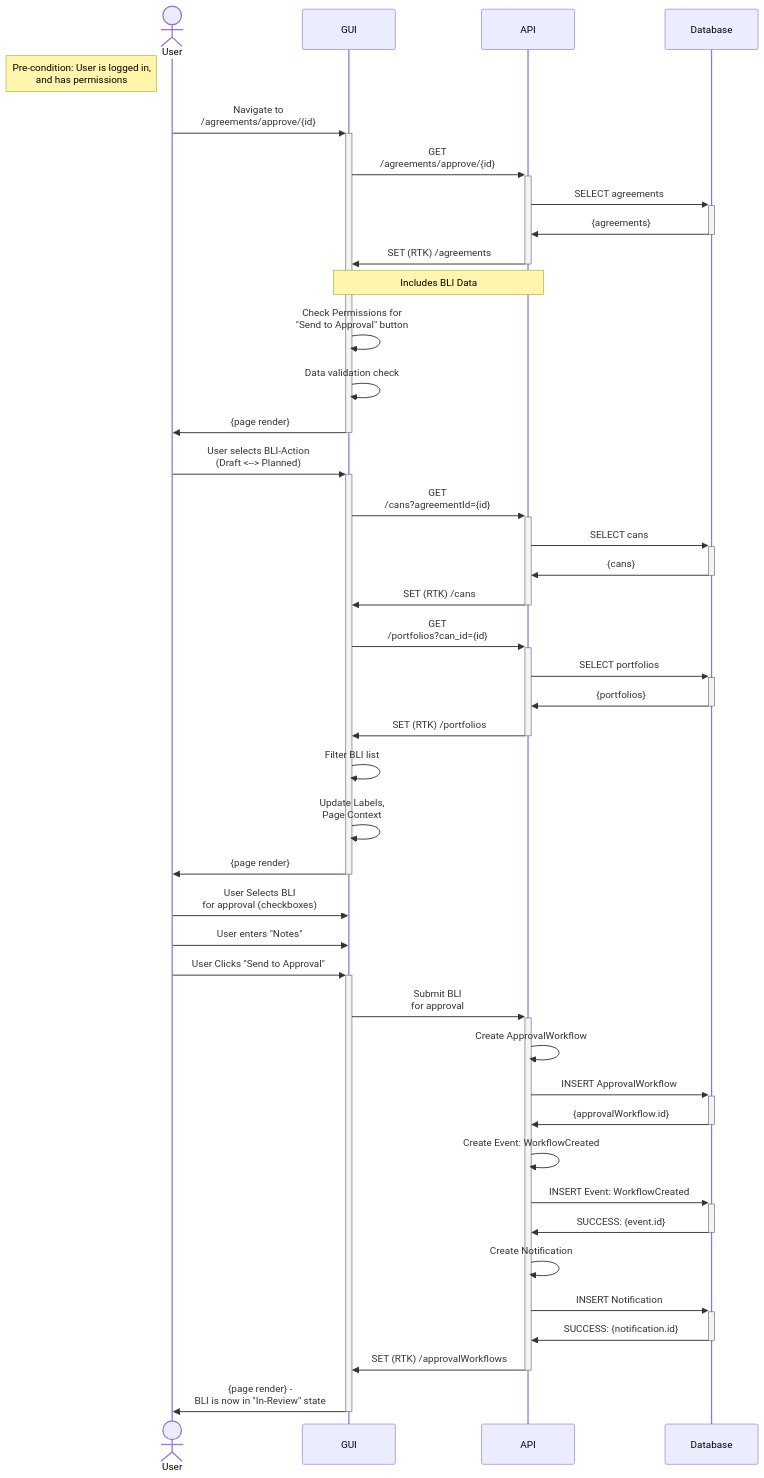
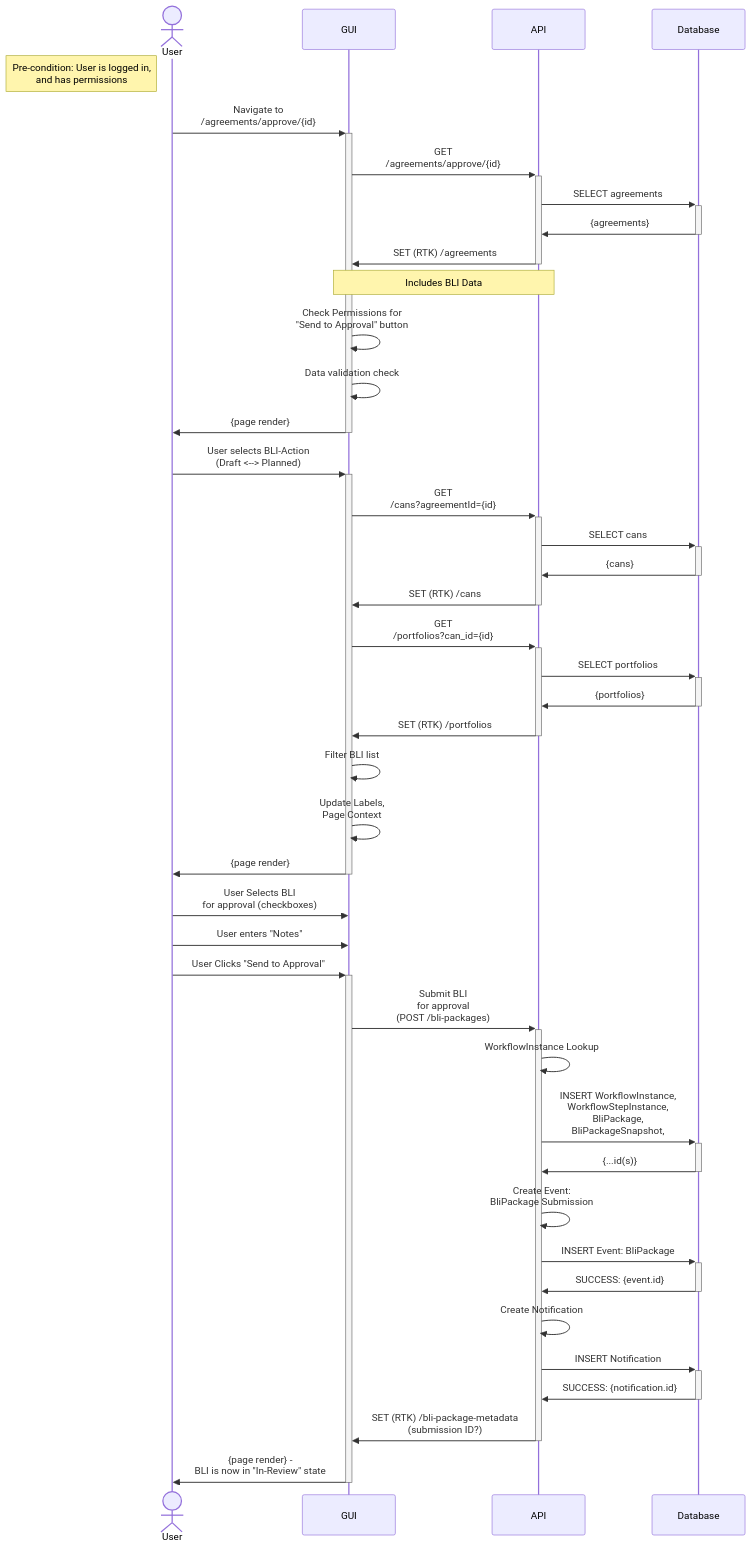
One commit to HHS/OPRE-OPS changed the diagram in docs/BLI-Approval-Sequence.mmd. Above: the diagram before and after it, drawn with Mermaid. The commit also changed 5 other files, not shown here.

```diff
--- a/docs/BLI-Approval-Sequence.mmd
+++ b/docs/BLI-Approval-Sequence.mmd
@@ -1,59 +1,61 @@
 sequenceDiagram
 
     Actor User
     participant GUI
     participant API
     participant Database
 
     Note left of User: Pre-condition: User is logged in,<br/> and has permissions
     User->>+GUI: Navigate to <br/>/agreements/approve/{id}
 
     GUI->>+API: GET <br/>/agreements/approve/{id}
 
     API ->>+ Database: SELECT agreements
     Database ->>- API: {agreements}
 
     API ->>- GUI: SET (RTK) /agreements
     Note over API,GUI: Includes BLI Data
 
     #Frontend (JS) Checks
     GUI ->> GUI: Check Permissions for<br/>"Send to Approval" button
     GUI ->> GUI: Data validation check
 
     GUI ->>- User: {page render}
 
     User ->>+ GUI: User selects BLI-Action <br/> (Draft <--> Planned)
     GUI ->>+ API: GET <br/> /cans?agreementId={id}
     API ->>+ Database: SELECT cans
     Database ->>- API: {cans}
     API ->>- GUI: SET (RTK) /cans
 
     GUI ->>+ API: GET <br/> /portfolios?can_id={id}
     API ->>+ Database: SELECT portfolios
     Database ->>- API: {portfolios}
     API ->>- GUI: SET (RTK) /portfolios
 
     GUI ->> GUI: Filter BLI list
     GUI ->> GUI: Update Labels, <br/> Page Context
 
     GUI ->>- User: {page render}
 
     User ->> GUI: User Selects BLI <br/> for approval (checkboxes)
     User ->> GUI: User enters "Notes"
     User ->>+ GUI: User Clicks "Send to Approval"
 
-    GUI ->>+ API: Submit BLI <br/> for approval
-    API ->> API: Create ApprovalWorkflow
-    API ->>+ Database: INSERT ApprovalWorkflow
-    Database ->>- API: {approvalWorkflow.id}
+    GUI ->>+ API: Submit BLI <br/> for approval <br/> (POST /bli-packages)
 
-    API ->> API: Create Event: WorkflowCreated
-    API ->>+ Database: INSERT Event: WorkflowCreated
+    API ->> API: WorkflowInstance Lookup
+
+    API ->>+ Database: INSERT WorkflowInstance, <br/> WorkflowStepInstance, <br/> BliPackage, <br/>BliPackageSnapshot,
+    Database ->>- API: {...id(s)}
+
+    API ->> API: Create Event: <br/>BliPackage Submission
+    API ->>+ Database: INSERT Event: BliPackage
     Database ->>- API: SUCCESS: {event.id}
 
     API ->> API: Create Notification
     API ->>+ Database: INSERT Notification
     Database ->>- API: SUCCESS: {notification.id}
 
-    API ->>- GUI: SET (RTK) /approvalWorkflows
+    API ->>- GUI: SET (RTK) /bli-package-metadata <br/>(submission ID?)
     GUI ->>- User: {page render} - <br/> BLI is now in "In-Review" state
```
